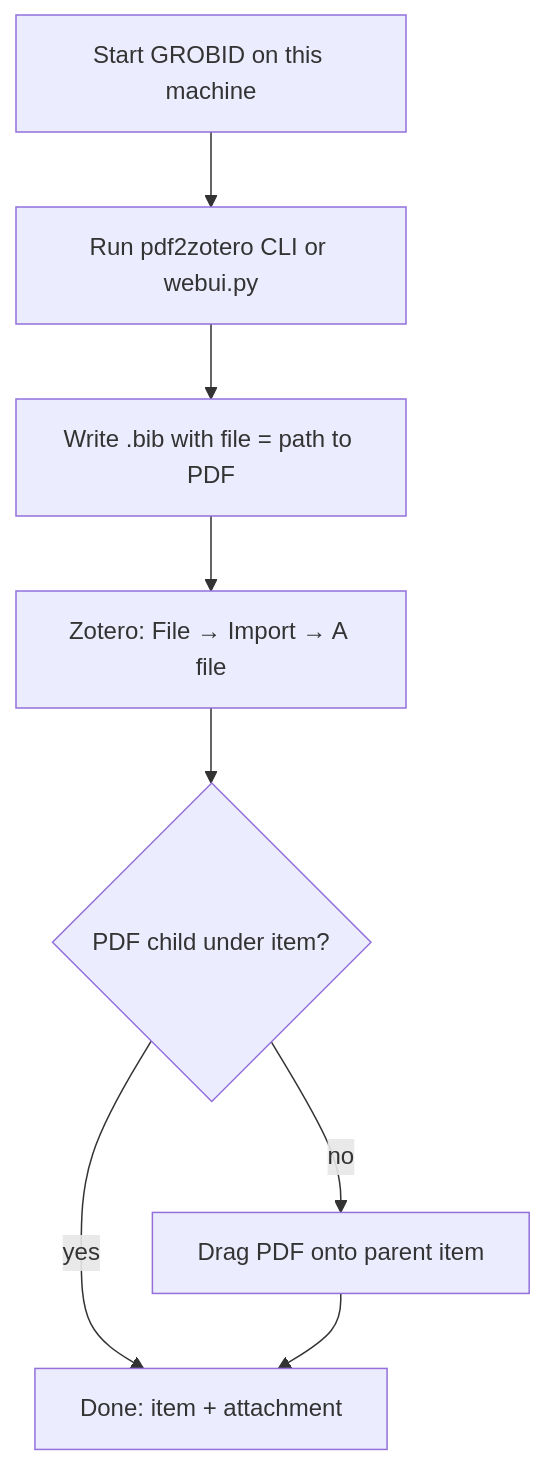
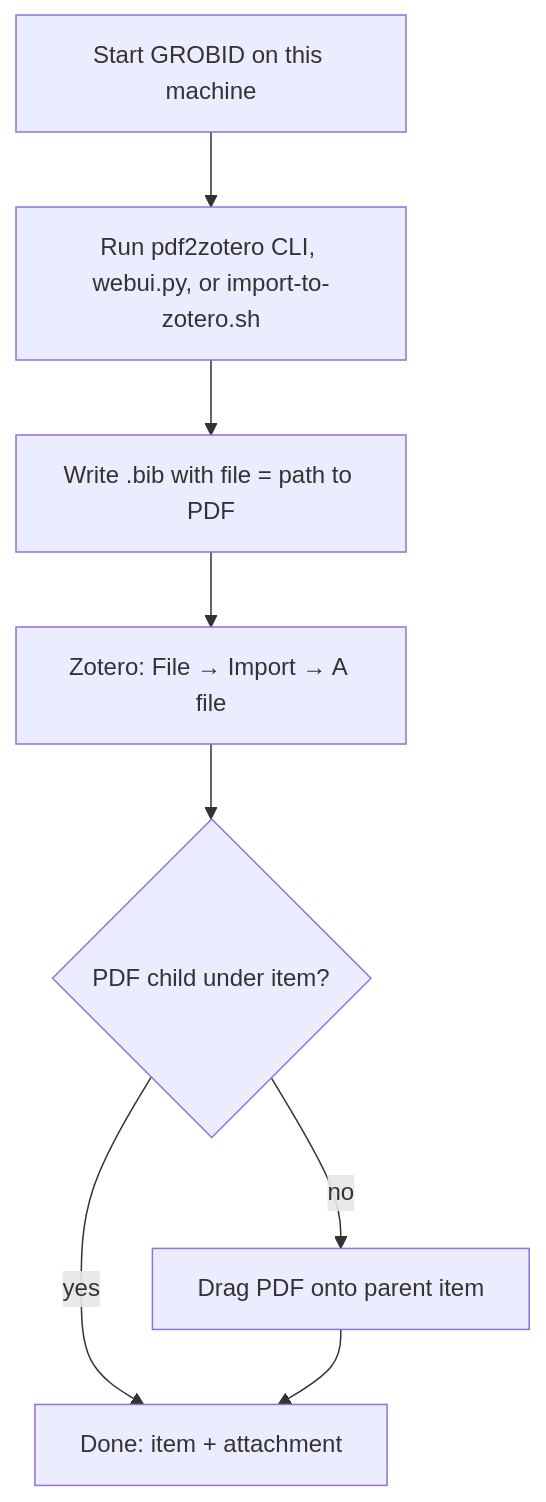
One commit to jensabrahamsson/pdf2zotero changed the second of 4 diagrams in README.md. Above: the diagram before and after it, drawn with Mermaid. The commit also changed other lines of this file and 4 other files, not shown here.

First line of the commit message:
Document the macOS import helper and escaped Zotero file paths.

````diff
--- a/README.md
+++ b/README.md
@@ -67,10 +67,10 @@
 ```mermaid
 flowchart TD
-  A[Start GROBID on this machine] --> B[Run pdf2zotero CLI or webui.py]
+  A[Start GROBID on this machine] --> B[Run pdf2zotero CLI, webui.py, or import-to-zotero.sh]
   B --> C["Write .bib with file = path to PDF"]
   C --> D["Zotero: File → Import → A file"]
   D --> E{PDF child under item?}
   E -->|yes| F[Done: item + attachment]
   E -->|no| G[Drag PDF onto parent item]
   G --> F
 ```
````
